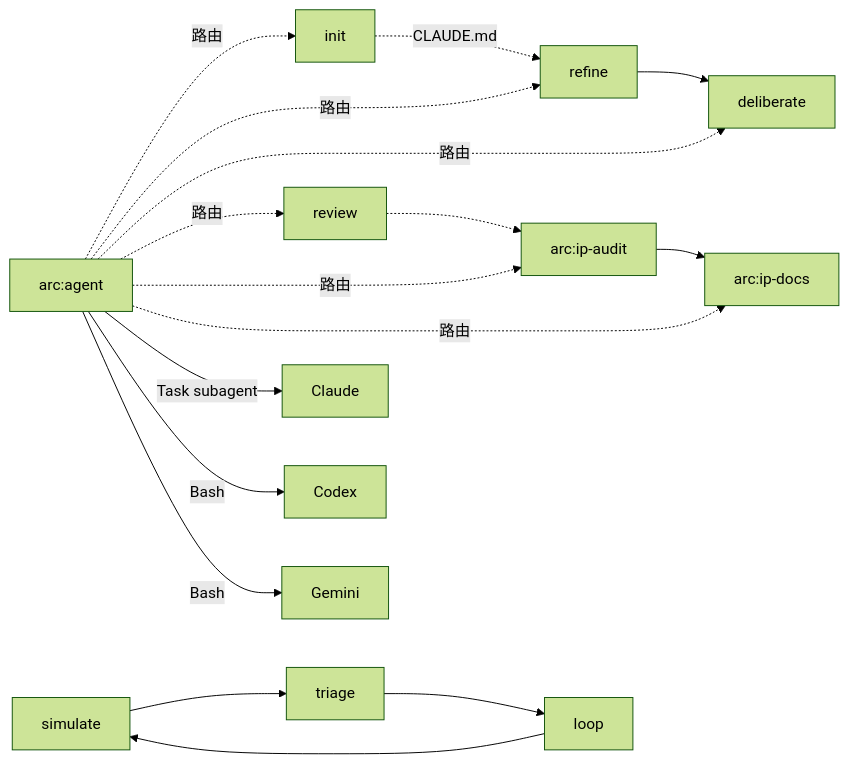
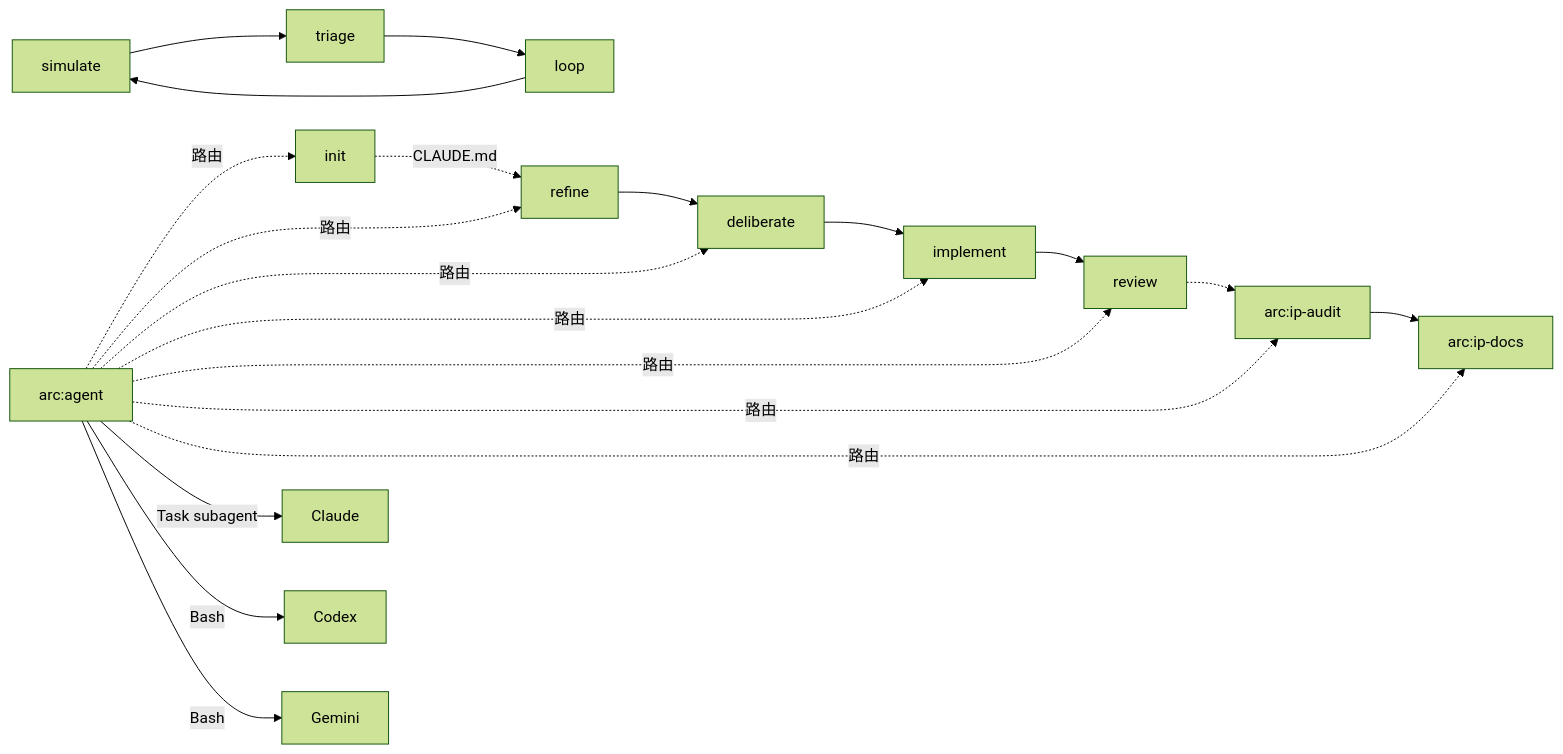
Before and after one commit to iwen-conf/Skills: the second of 2 diagrams in README.md, drawn with Mermaid (forest theme). The commit also changed other lines of this file and 2 other files, not shown here.

Commit message:
feat(agent): 接入 arc:implement 路由与依赖链

````diff
--- a/README.md
+++ b/README.md
@@ -76,19 +83,21 @@
 ```mermaid
 graph LR
     agent["arc:agent"] -.->|"路由"| init
     agent -.->|"路由"| refine
     agent -.->|"路由"| deliberate
+    agent -.->|"路由"| implement
     agent -.->|"路由"| review
     ip_audit["arc:ip-audit"]
     ip_docs["arc:ip-docs"]
     agent -.->|"路由"| ip_audit
     agent -.->|"路由"| ip_docs
     agent -->|"Task subagent"| claude["Claude"]
     agent -->|"Bash"| codex["Codex"]
     agent -->|"Bash"| gemini["Gemini"]
 
     init -.->|"CLAUDE.md"| refine
     refine --> deliberate
+    deliberate --> implement --> review
     review -.-> ip_audit --> ip_docs
     simulate --> triage --> loop --> simulate
 ```
````
